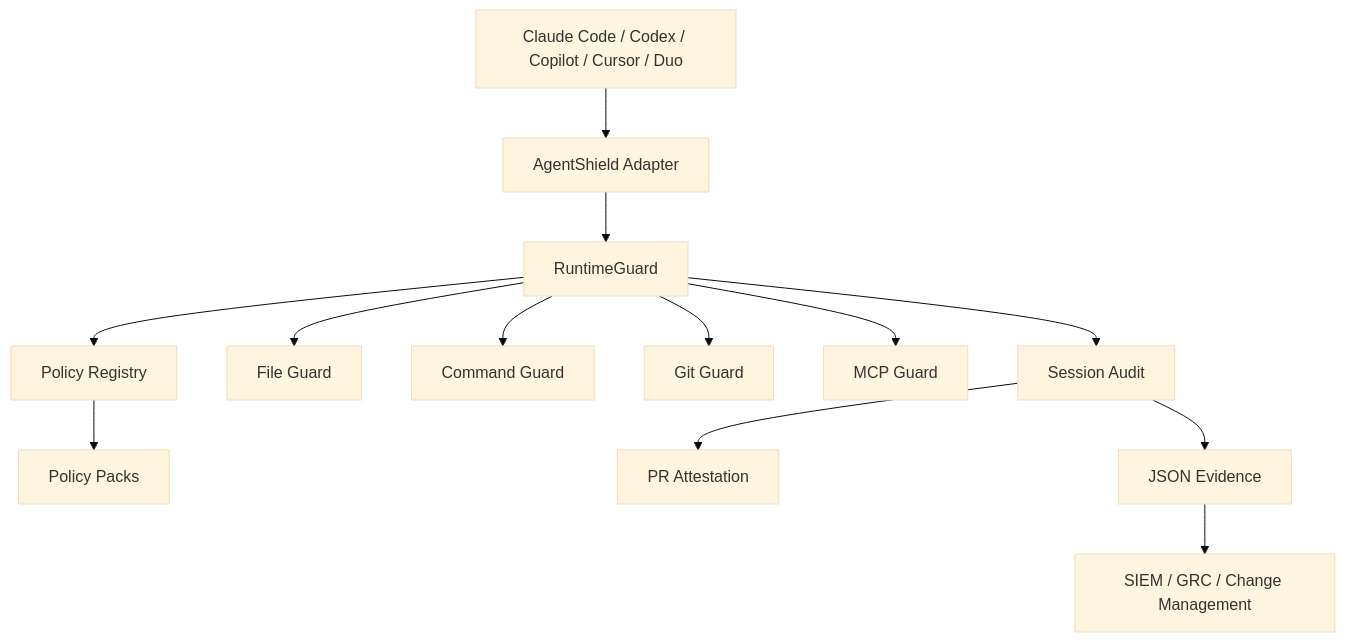
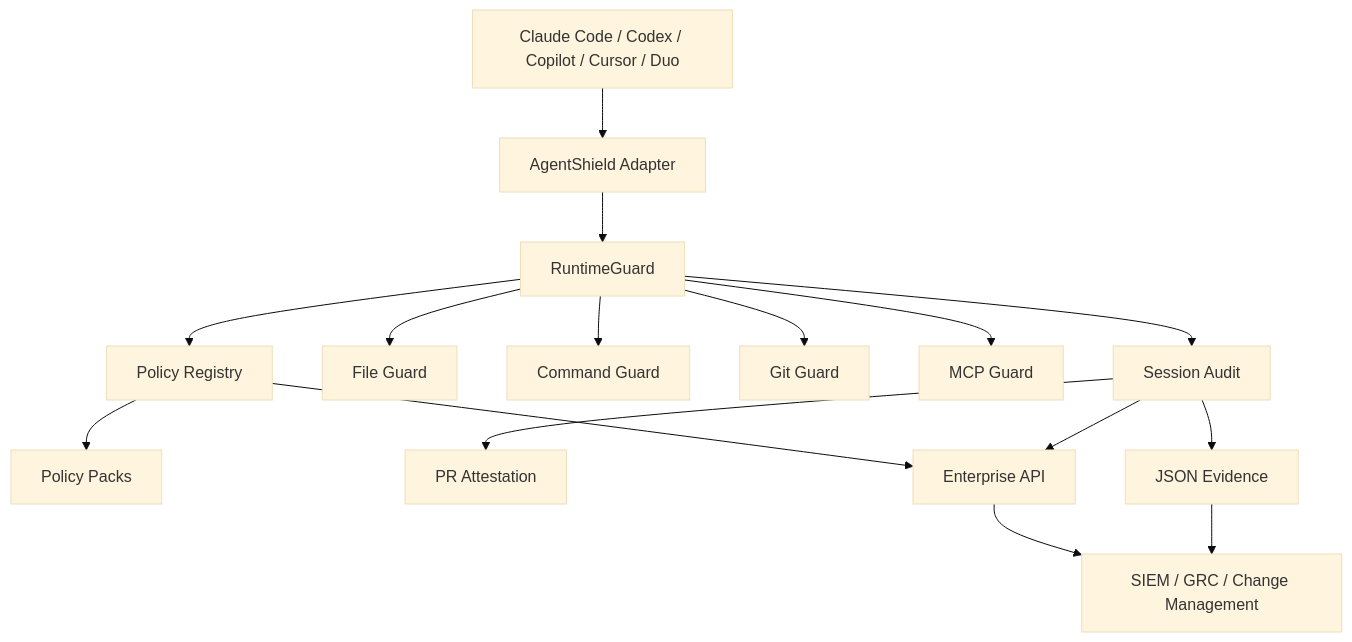
Before and after one commit to Huzefaaa2/terraguard-agentshield: the second of 2 diagrams in docs/architecture.md, drawn with Mermaid (base theme). The commit also changed other lines of this file and 17 other files, not shown here.

Commit message:
Add enterprise policy inspection API

````diff
--- a/docs/architecture.md
+++ b/docs/architecture.md
@@ -151,15 +153,18 @@
 ```mermaid
 flowchart TD
     A[Claude Code / Codex / Copilot / Cursor / Duo] --> B[AgentShield Adapter]
     B --> C[RuntimeGuard]
     C --> D[Policy Registry]
     D --> E[Policy Packs]
     C --> F[File Guard]
     C --> G[Command Guard]
     C --> H[Git Guard]
     C --> I[MCP Guard]
     C --> J[Session Audit]
     J --> K[PR Attestation]
     J --> L[JSON Evidence]
+    J --> N[Enterprise API]
+    D --> N
     L --> M[SIEM / GRC / Change Management]
+    N --> M
 ```
````
